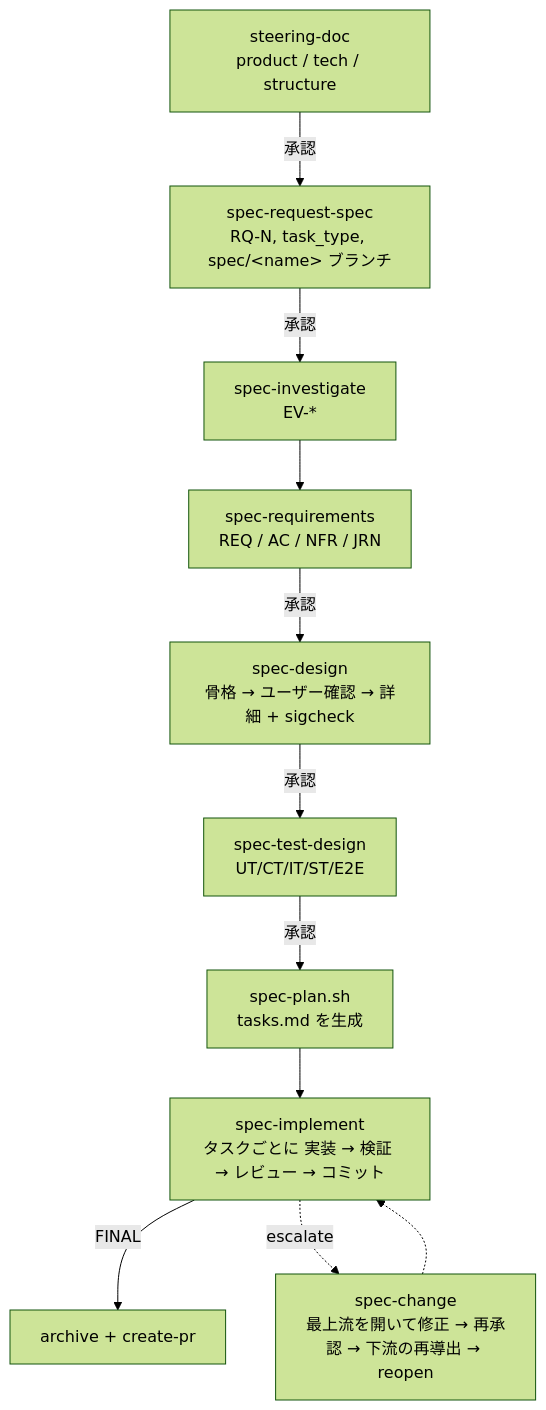
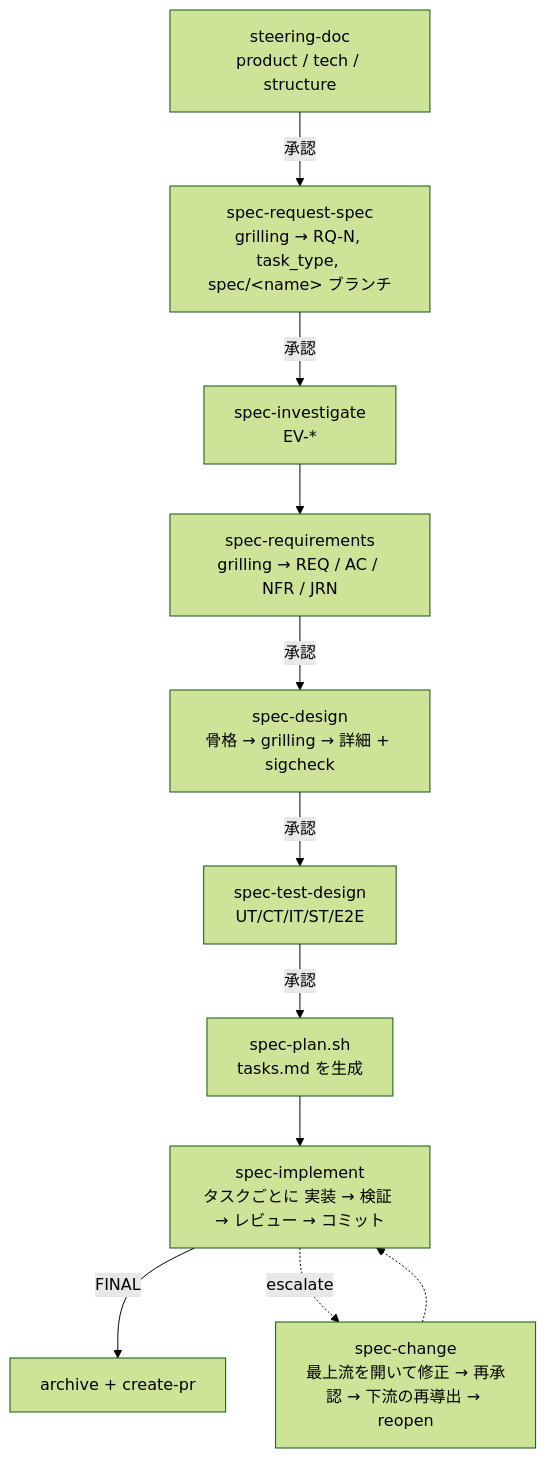
The diagram in PLUGIN_FLOWS.ja.md (arimakouyou/spec-workflow-mcp), drawn with Mermaid (forest theme) before and after one commit. The commit also changed other lines of this file and 7 other files, not shown here.

````diff
--- a/PLUGIN_FLOWS.ja.md
+++ b/PLUGIN_FLOWS.ja.md
@@ -18,13 +18,13 @@
 ```mermaid
 flowchart TD
-  ST[steering-doc<br/>product / tech / structure] -->|承認| RS[spec-request-spec<br/>RQ-N, task_type, spec/&lt;name&gt; ブランチ]
+  ST[steering-doc<br/>product / tech / structure] -->|承認| RS[spec-request-spec<br/>grilling → RQ-N, task_type, spec/&lt;name&gt; ブランチ]
   RS -->|承認| INV[spec-investigate<br/>EV-*]
-  INV --> REQ[spec-requirements<br/>REQ / AC / NFR / JRN]
-  REQ -->|承認| DES[spec-design<br/>骨格 → ユーザー確認 → 詳細 + sigcheck]
+  INV --> REQ[spec-requirements<br/>grilling → REQ / AC / NFR / JRN]
+  REQ -->|承認| DES[spec-design<br/>骨格 → grilling → 詳細 + sigcheck]
   DES -->|承認| TD[spec-test-design<br/>UT/CT/IT/ST/E2E]
   TD -->|承認| PLAN[spec-plan.sh<br/>tasks.md を生成]
   PLAN --> IMP[spec-implement<br/>タスクごとに 実装 → 検証 → レビュー → コミット]
   IMP -->|FINAL| PR[archive + create-pr]
   IMP -.->|escalate| CHG[spec-change<br/>最上流を開いて修正 → 再承認 → 下流の再導出 → reopen]
   CHG -.-> IMP
 ```
````
